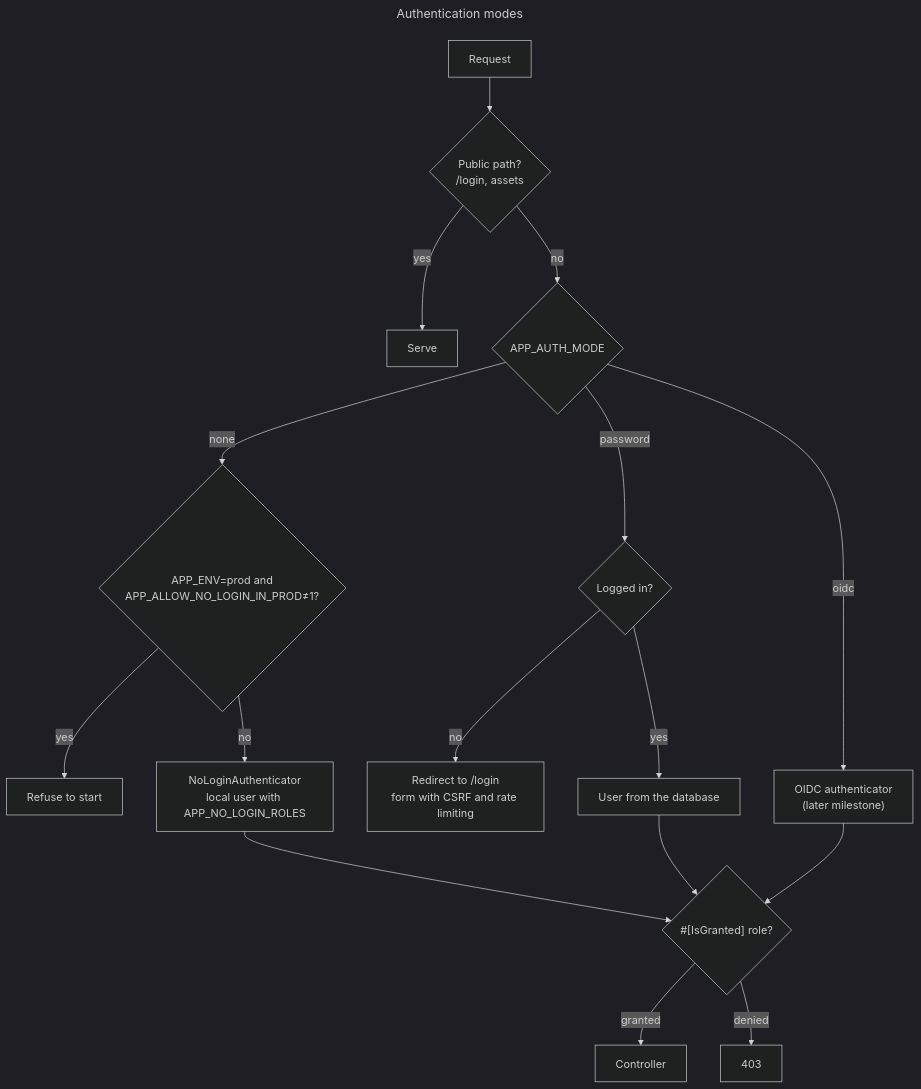
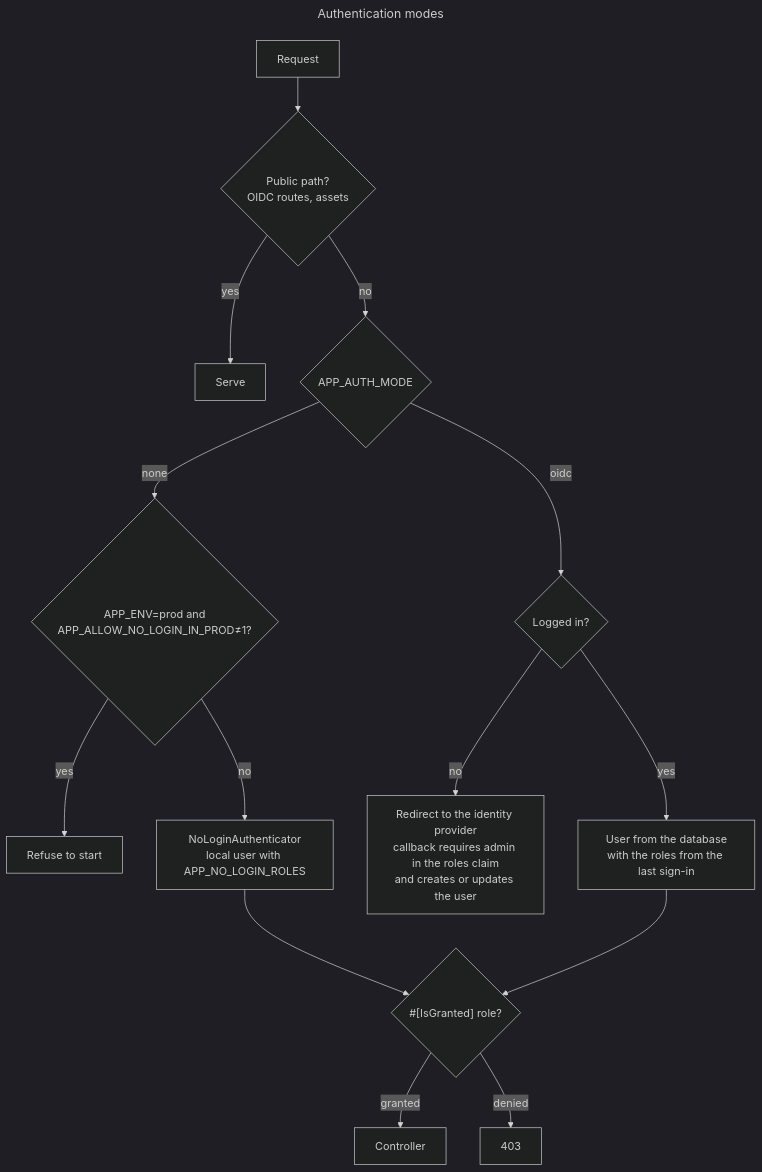
The diagram in docs/diagrams/auth-modes.mmd (itk-dev/koerselsoverblik), drawn with Mermaid (dark theme) before and after one commit. The commit also changed 13 other files, not shown here.

Commit message:
docs: replace password login with OIDC login

```diff
--- a/docs/diagrams/auth-modes.mmd
+++ b/docs/diagrams/auth-modes.mmd
@@ -1,23 +1,20 @@
 ---
 title: Authentication modes
 ---
 flowchart TD
-    request["Request"] --> public{"Public path?<br/>/login, assets"}
+    request["Request"] --> public{"Public path?<br/>OIDC routes, assets"}
     public -- yes --> serve["Serve"]
     public -- no --> mode{"APP_AUTH_MODE"}
 
     mode -- none --> prodcheck{"APP_ENV=prod and<br/>APP_ALLOW_NO_LOGIN_IN_PROD≠1?"}
     prodcheck -- yes --> refuse["Refuse to start"]
     prodcheck -- no --> nologin["NoLoginAuthenticator<br/>local user with APP_NO_LOGIN_ROLES"]
 
-    mode -- password --> session{"Logged in?"}
-    session -- no --> login["Redirect to /login<br/>form with CSRF and rate limiting"]
-    session -- yes --> user["User from the database"]
-
-    mode -- oidc --> oidc["OIDC authenticator<br/>(later milestone)"]
+    mode -- oidc --> session{"Logged in?"}
+    session -- no --> login["Redirect to the identity provider<br/>callback requires admin in the roles claim<br/>and creates or updates the user"]
+    session -- yes --> user["User from the database<br/>with the roles from the last sign-in"]
 
     nologin --> guard{"#[IsGranted] role?"}
     user --> guard
-    oidc --> guard
     guard -- granted --> controller["Controller"]
     guard -- denied --> forbidden["403"]
```
